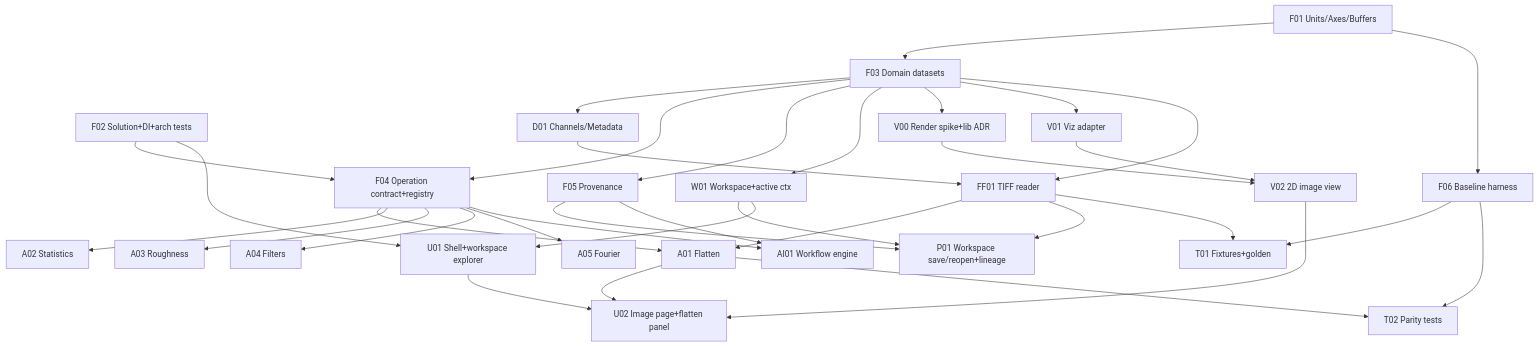
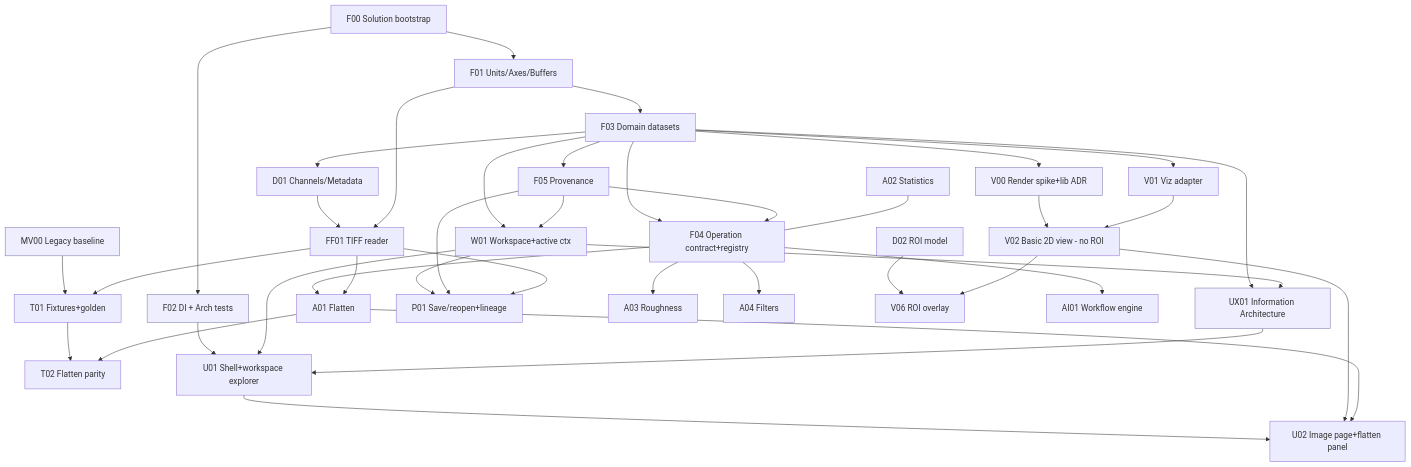
Before and after one commit to higwon/smart-analysis: the diagram in docs/migration/32-dependency-roadmap.md, drawn with Mermaid. The commit also changed other lines of this file and 27 other files, not shown here.

````diff
--- a/docs/migration/32-dependency-roadmap.md
+++ b/docs/migration/32-dependency-roadmap.md
@@ -29,42 +45,50 @@
 ```mermaid
 graph TD
-    F01[F01 Units/Axes/Buffers] --> F03[F03 Domain datasets]
-    F01 --> F06[F06 Baseline harness]
-    F02[F02 Solution+DI+arch tests] --> F04
+    F00[F00 Solution bootstrap] --> F01[F01 Units/Axes/Buffers]
+    F00 --> F02[F02 DI + Arch tests]
+    F01 --> F03[F03 Domain datasets]
     F03 --> D01[D01 Channels/Metadata]
     F03 --> F04[F04 Operation contract+registry]
     F03 --> F05[F05 Provenance]
-    F03 --> W01[W01 Workspace+active ctx]
+    F05 --> F04
     F03 --> V00[V00 Render spike+lib ADR]
     F03 --> V01[V01 Viz adapter]
+    F03 --> UX01[UX01 Information Architecture]
+    W01 --> UX01
 
+    D01 --> FF01[FF01 TIFF reader]
+    F01 --> FF01
     F04 --> A01[A01 Flatten]
-    F04 --> A02[A02 Statistics]
-    FF01[FF01 TIFF reader] --> A01
-    F03 --> FF01
-    D01 --> FF01
+    FF01 --> A01
+    A02[A02 Statistics] --- F04
 
-    V00 --> V02[V02 2D image view]
-    V01 --> V02
-    W01 --> P01[P01 Workspace save/reopen+lineage]
+    MV00[MV00 Legacy baseline] --> T01[T01 Fixtures+golden]
+    FF01 --> T01
+    T01 --> T02[T02 Flatten parity]
+    A01 --> T02
+
+    F03 --> W01[W01 Workspace+active ctx]
+    F05 --> W01
+    W01 --> P01[P01 Save/reopen+lineage]
     F05 --> P01
     FF01 --> P01
 
+    V00 --> V02[V02 Basic 2D view - no ROI]
+    V01 --> V02
     F02 --> U01[U01 Shell+workspace explorer]
     W01 --> U01
+    UX01 --> U01
     U01 --> U02[U02 Image page+flatten panel]
     V02 --> U02
     A01 --> U02
 
-    F06 --> T01[T01 Fixtures+golden]
-    FF01 --> T01
-    A01 --> T02[T02 Parity tests]
-    F06 --> T02
-
     %% post-MVP fan-out (parallel once F04 stable)
     F04 --> A03[A03 Roughness]
     F04 --> A04[A04 Filters]
-    F04 --> A05[A05 Fourier]
+    D02[D02 ROI model] --> V06[V06 ROI overlay]
+    V02 --> V06
     F04 --> AI01[AI01 Workflow engine]
-    F05 --> AI01
+
+    classDef parallel fill:#eef,stroke:#77a;
+    class F02,MV00,UX01,V00 parallel;
 ```
````
